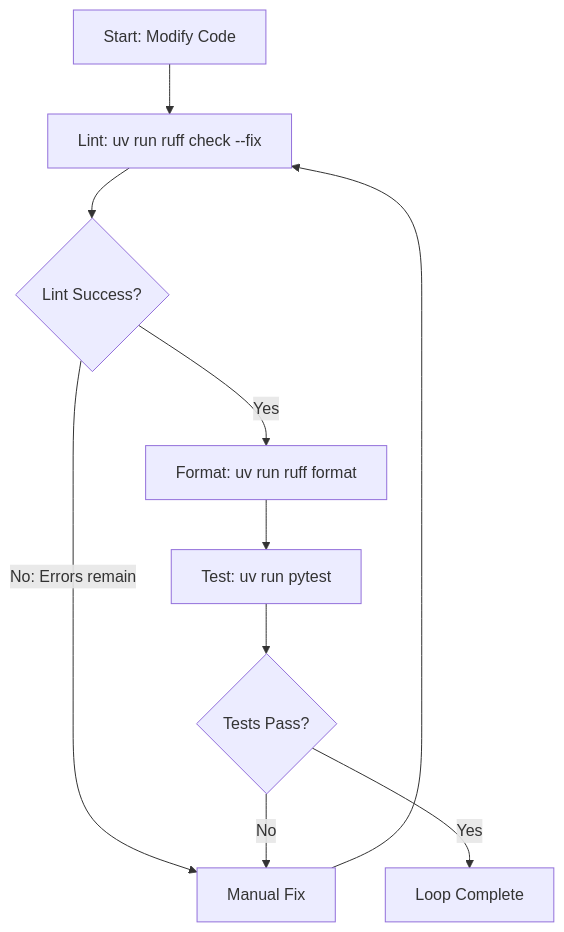
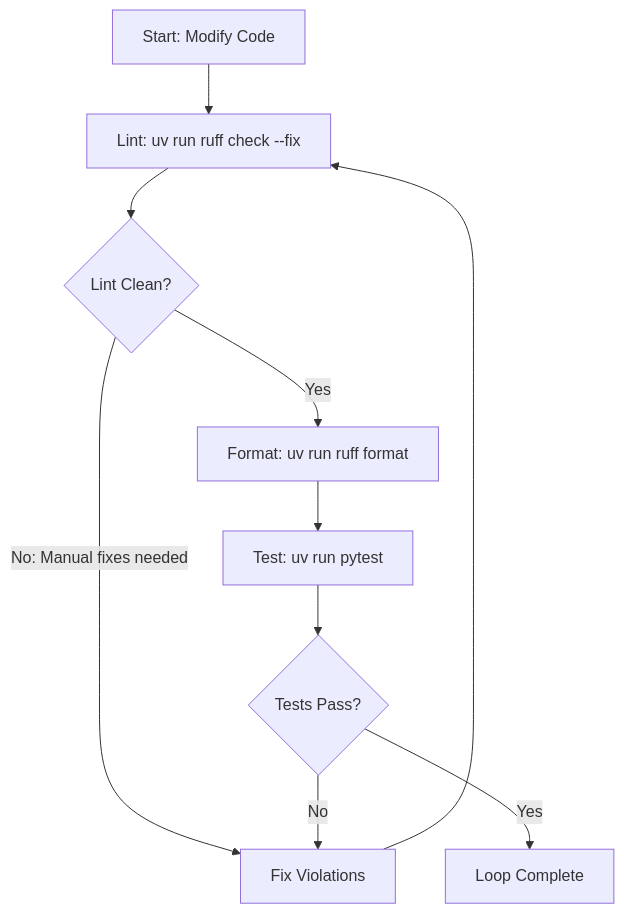
One commit to danicat/skills changed the diagram in coding/pyhd/SKILL.md. Above: the diagram before and after it, drawn with Mermaid. The commit also changed other lines of this file and 4 other files, not shown here.

````diff
--- a/coding/pyhd/SKILL.md
+++ b/coding/pyhd/SKILL.md
@@ -35,12 +110,12 @@
 ```mermaid
 graph TD
     A[Start: Modify Code] --> B[Lint: uv run ruff check --fix]
-    B --> C{Lint Success?}
-    C -->|No: Errors remain| D[Manual Fix]
+    B --> C{Lint Clean?}
+    C -->|No: Manual fixes needed| D[Fix Violations]
     D --> B
     C -->|Yes| E[Format: uv run ruff format]
     E --> F[Test: uv run pytest]
     F --> G{Tests Pass?}
     G -->|No| D
     G -->|Yes| H[Loop Complete]
 ```
````
